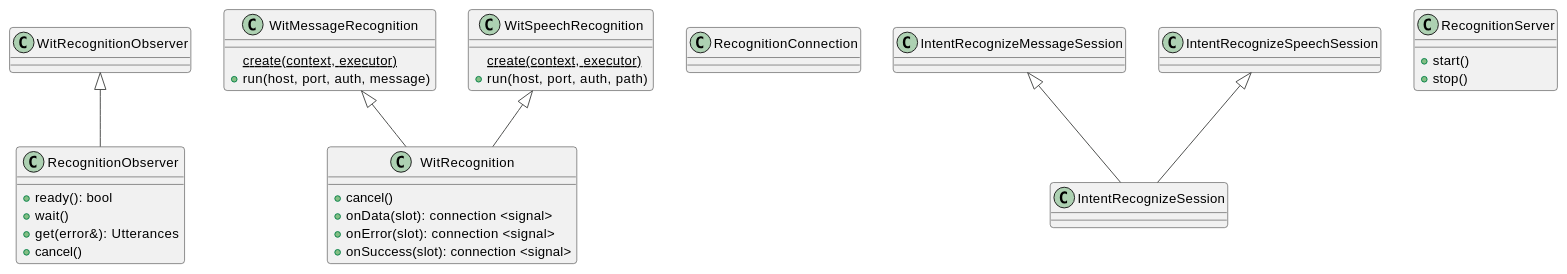
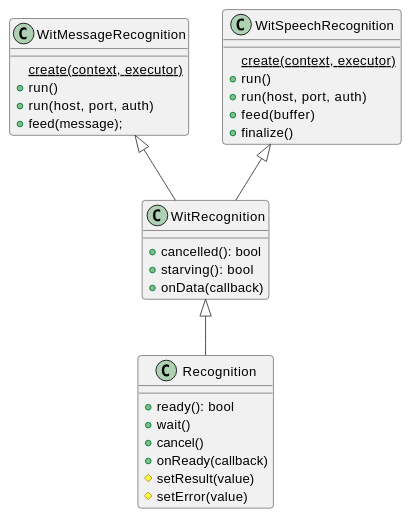
One commit to denoming/rintento changed the diagram in src/intent/doc/intent.md. Above: the diagram before and after it, drawn with PlantUML. The commit also changed 24 other files, not shown here.

````diff
--- a/src/intent/doc/intent.md
+++ b/src/intent/doc/intent.md
@@ -4,46 +4,40 @@
 ```plantuml
 @startuml
 !theme vibrant
 
-class RecognitionObserver {
+class Recognition {
     +ready(): bool
     +wait()
-    +get(error&): Utterances
     +cancel()
+    +onReady(callback)
+    #setResult(value)
+    #setError(value)
 }
 
-WitRecognitionObserver <|-- RecognitionObserver
+class WitRecognition {
+    +cancelled(): bool
+    +starving(): bool
+    +onData(callback)
+}
 
 class WitMessageRecognition {
     {static} create(context, executor)
-    +run(host, port, auth, message)
+    +run()
+    +run(host, port, auth)
+    +feed(message);
 }
 
 class WitSpeechRecognition {
     {static} create(context, executor)
-    +run(host, port, auth, path)
+    +run()
+    +run(host, port, auth)
+    +feed(buffer)
+    +finalize()
 }
 
-class WitRecognition {
-    +cancel()
-    +onData(slot): connection <signal>
-    +onError(slot): connection <signal>
-    +onSuccess(slot): connection <signal>
-}
-
+WitRecognition <|-- Recognition
 WitMessageRecognition <|-- WitRecognition
 WitSpeechRecognition <|-- WitRecognition
 
-class RecognitionConnection
-class IntentRecognizeSession
-
-IntentRecognizeMessageSession <|-- IntentRecognizeSession
-IntentRecognizeSpeechSession <|-- IntentRecognizeSession
-
-class RecognitionServer {
-    +start()
-    +stop()
-}
-
 @enduml
 ```
````
